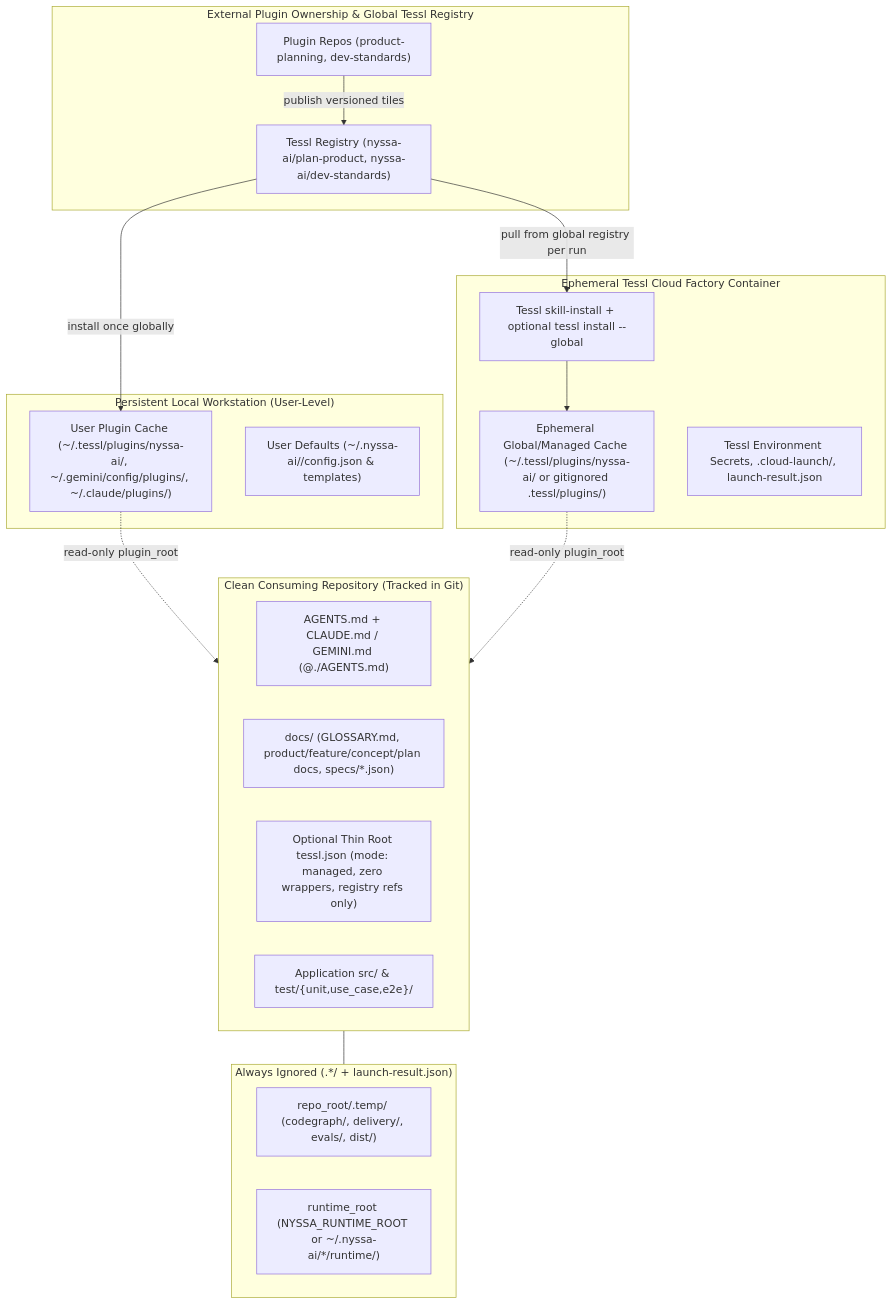
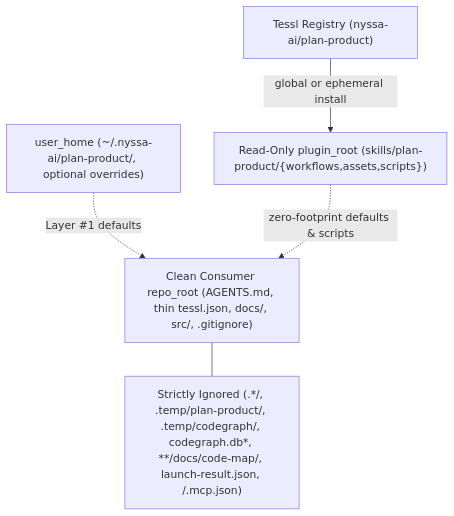
Before and after one commit to NyssaAI/product-planning: the diagram in docs/concepts/c-04-external-plugin-isolation.md, drawn with Mermaid. The commit also changed other lines of this file and 43 other files, not shown here.

Commit message:
feat(plan-product): ephemeral on-demand .temp/codegraph/ isolation & dev-factory handoff (v0.14.0) (#56)

````diff
--- a/docs/concepts/c-04-external-plugin-isolation.md
+++ b/docs/concepts/c-04-external-plugin-isolation.md
@@ -22,38 +29,7 @@
 ```mermaid
 flowchart TB
-    subgraph External["External Plugin Ownership & Global Tessl Registry"]
-        P_REPO["Plugin Repos (product-planning, dev-standards)"]
-        REG["Tessl Registry (nyssa-ai/plan-product, nyssa-ai/dev-standards)"]
-        P_REPO -->|publish versioned tiles| REG
-    end
-
-    subgraph LocalHost["Persistent Local Workstation (User-Level)"]
-        HOME_CACHE["User Plugin Cache (~/.tessl/plugins/nyssa-ai/, ~/.gemini/config/plugins/, ~/.claude/plugins/)"]
-        HOME_CFG["User Defaults (~/.nyssa-ai/<plugin>/config.json & templates)"]
-        REG -->|install once globally| HOME_CACHE
-    end
-
-    subgraph CloudFactory["Ephemeral Tessl Cloud Factory Container"]
-        SKILL_INST["Tessl skill-install + optional tessl install --global"]
-        EPHEM_CACHE["Ephemeral Global/Managed Cache (~/.tessl/plugins/nyssa-ai/ or gitignored .tessl/plugins/)"]
-        ENV_SECRETS["Tessl Environment Secrets, .cloud-launch/, launch-result.json"]
-        REG -->|pull from global registry per run| SKILL_INST
-        SKILL_INST --> EPHEM_CACHE
-    end
-
-    subgraph ConsumerRepo["Clean Consuming Repository (Tracked in Git)"]
-        GOV["AGENTS.md + CLAUDE.md / GEMINI.md (@./AGENTS.md)"]
-        DOCS["docs/ (GLOSSARY.md, product/feature/concept/plan docs, specs/*.json)"]
-        WIRING["Optional Thin Root tessl.json (mode: managed, zero wrappers, registry refs only)"]
-        SRC["Application src/ & test/{unit,use_case,e2e}/"]
-    end
-
-    subgraph Untracked["Always Ignored (.*/ + launch-result.json)"]
-        TEMP["repo_root/.temp/ (codegraph/, delivery/, evals/, dist/)"]
-        RUNTIME["runtime_root (NYSSA_RUNTIME_ROOT or ~/.nyssa-ai/*/runtime/)"]
-    end
-
-    HOME_CACHE -.->|read-only plugin_root| ConsumerRepo
-    EPHEM_CACHE -.->|read-only plugin_root| ConsumerRepo
-    ConsumerRepo --- Untracked
+    REG["Tessl Registry (nyssa-ai/plan-product)"] -->|global or ephemeral install| CACHE["Read-Only plugin_root (skills/plan-product/{workflows,assets,scripts})"]
+    HOME["user_home (~/.nyssa-ai/plan-product/, optional overrides)"] -.->|Layer #1 defaults| REPO
+    CACHE -.->|zero-footprint defaults & scripts| REPO["Clean Consumer repo_root (AGENTS.md, thin tessl.json, docs/, src/, .gitignore)"]
+    REPO --- IGNORED["Strictly Ignored (.*/, .temp/plan-product/, .temp/codegraph/, codegraph.db*, **/docs/code-map/, launch-result.json, /.mcp.json)"]
 ```
````
